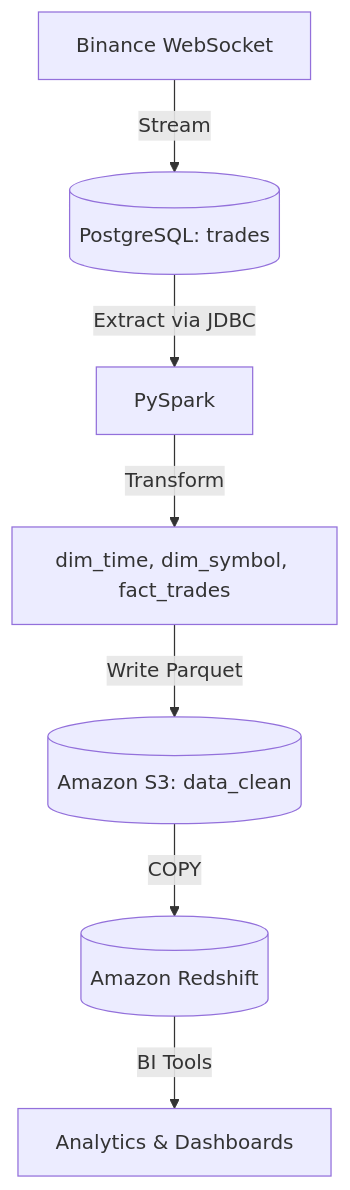
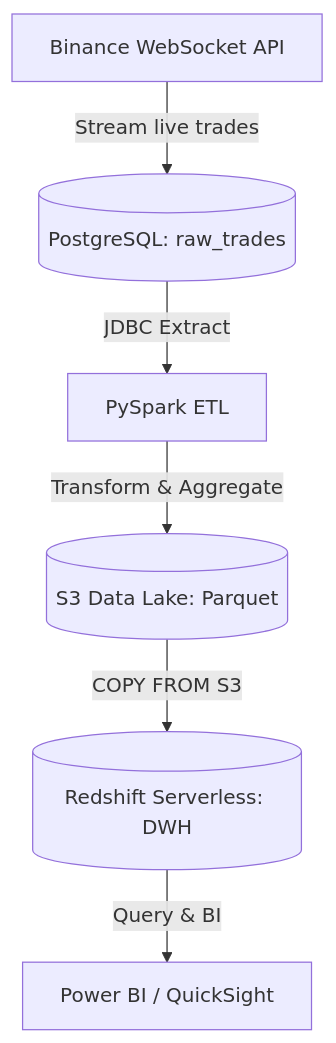
The diagram in README.md (etl-project-simple/binance-etl-pipeline), drawn with Mermaid before and after one commit. The commit also changed other lines of this file, not shown here.

Commit message:
Update Binance ETL Ver 2.0

````diff
--- a/README.md
+++ b/README.md
@@ -44,9 +17,8 @@
 ```mermaid
 flowchart TD
-    A[Binance WebSocket] -->|Stream| B[(PostgreSQL: trades)]
-    B -->|Extract via JDBC| C[PySpark]
-    C -->|Transform| D[dim_time, dim_symbol, fact_trades]
-    D -->|Write Parquet| E[(Amazon S3: data_clean)]
-    E -->|COPY| F[(Amazon Redshift)]
-    F -->|BI Tools| G[Analytics & Dashboards]
+    A[Binance WebSocket API] -->|Stream live trades| B[(PostgreSQL: raw_trades)]
+    B -->|JDBC Extract| C[PySpark ETL]
+    C -->|Transform & Aggregate| D[(S3 Data Lake: Parquet)]
+    D -->|COPY FROM S3| E[(Redshift Serverless: DWH)]
+    E -->|Query & BI| F[Power BI / QuickSight]
 ```
````
